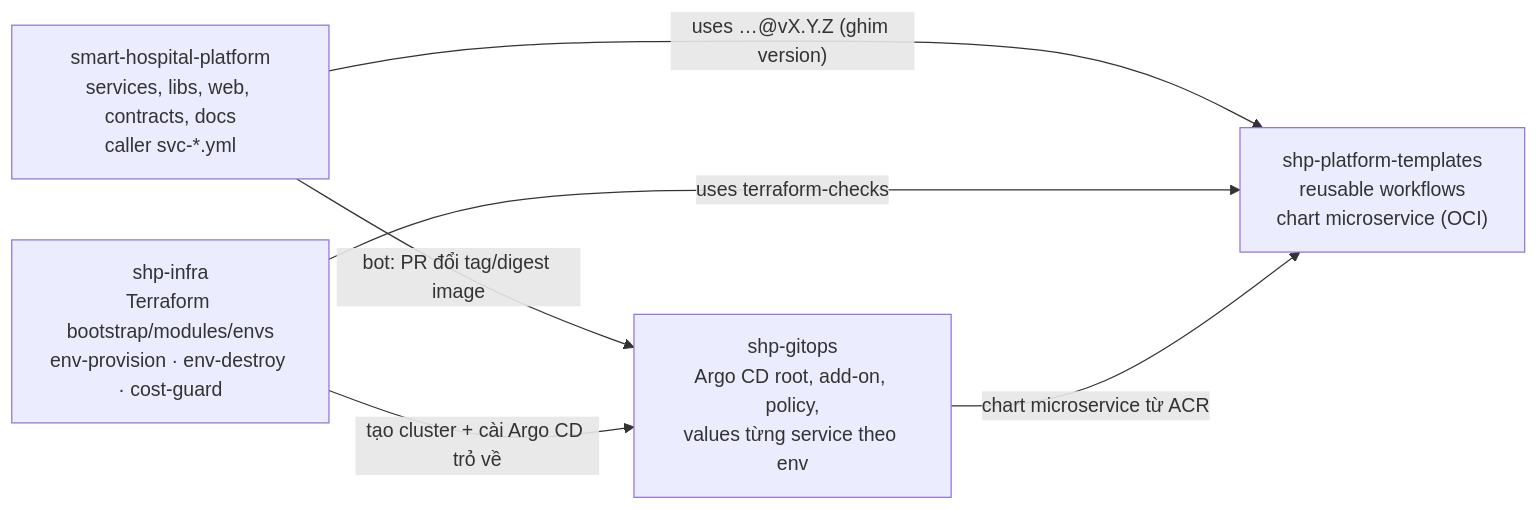
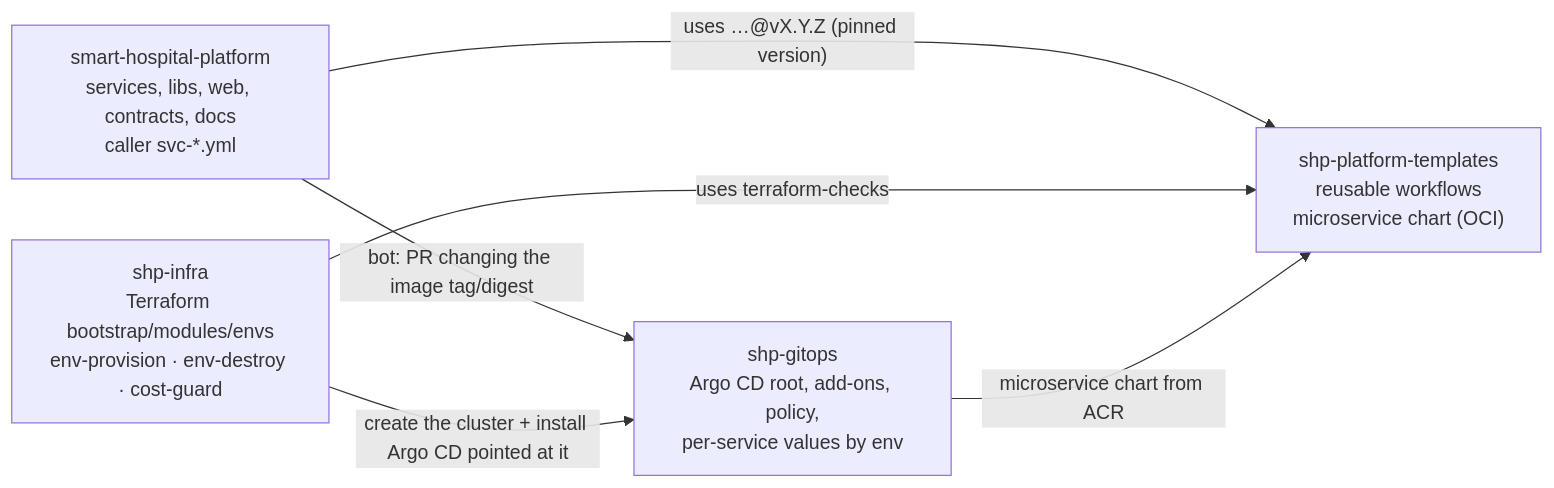
Diagram 12 of 18 in docs/03-architecture/architecture-diagrams.md (viethung12062005/smart-hospital-platform), drawn with Mermaid before and after one commit. The commit also changed other lines of this file and 346 other files, not shown here.

````diff
--- a/docs/03-architecture/architecture-diagrams.md
+++ b/docs/03-architecture/architecture-diagrams.md
@@ -472,13 +472,13 @@
 ```mermaid
 flowchart LR
   APP["smart-hospital-platform<br/>services, libs, web, contracts, docs<br/>caller svc-*.yml"]
-  TPL["shp-platform-templates<br/>reusable workflows<br/>chart microservice (OCI)"]
+  TPL["shp-platform-templates<br/>reusable workflows<br/>microservice chart (OCI)"]
   INF["shp-infra<br/>Terraform bootstrap/modules/envs<br/>env-provision · env-destroy · cost-guard"]
-  OPS["shp-gitops<br/>Argo CD root, add-on, policy,<br/>values từng service theo env"]
+  OPS["shp-gitops<br/>Argo CD root, add-ons, policy,<br/>per-service values by env"]
 
-  APP -- "uses …@vX.Y.Z (ghim version)" --> TPL
+  APP -- "uses …@vX.Y.Z (pinned version)" --> TPL
   INF -- "uses terraform-checks" --> TPL
-  APP -- "bot: PR đổi tag/digest image" --> OPS
-  OPS -- "chart microservice từ ACR" --> TPL
-  INF -- "tạo cluster + cài Argo CD trỏ về" --> OPS
+  APP -- "bot: PR changing the image tag/digest" --> OPS
+  OPS -- "microservice chart from ACR" --> TPL
+  INF -- "create the cluster + install Argo CD pointed at it" --> OPS
 ```
````
